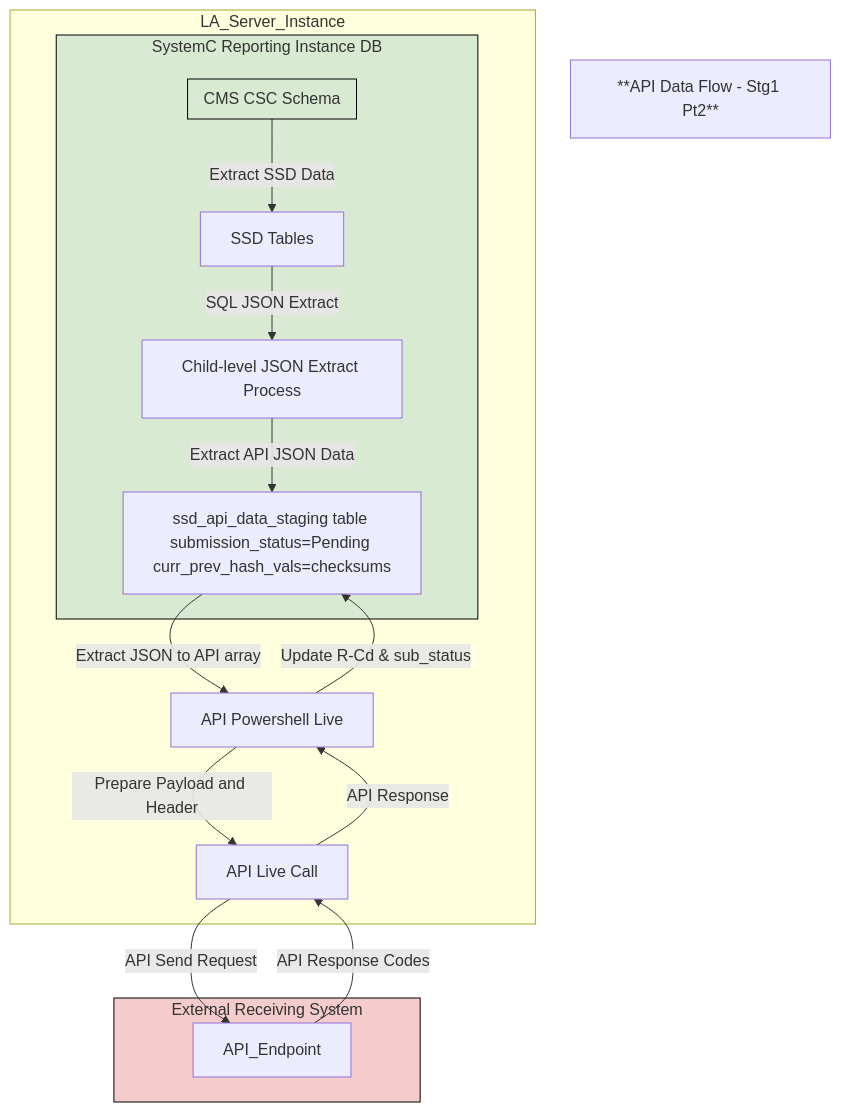
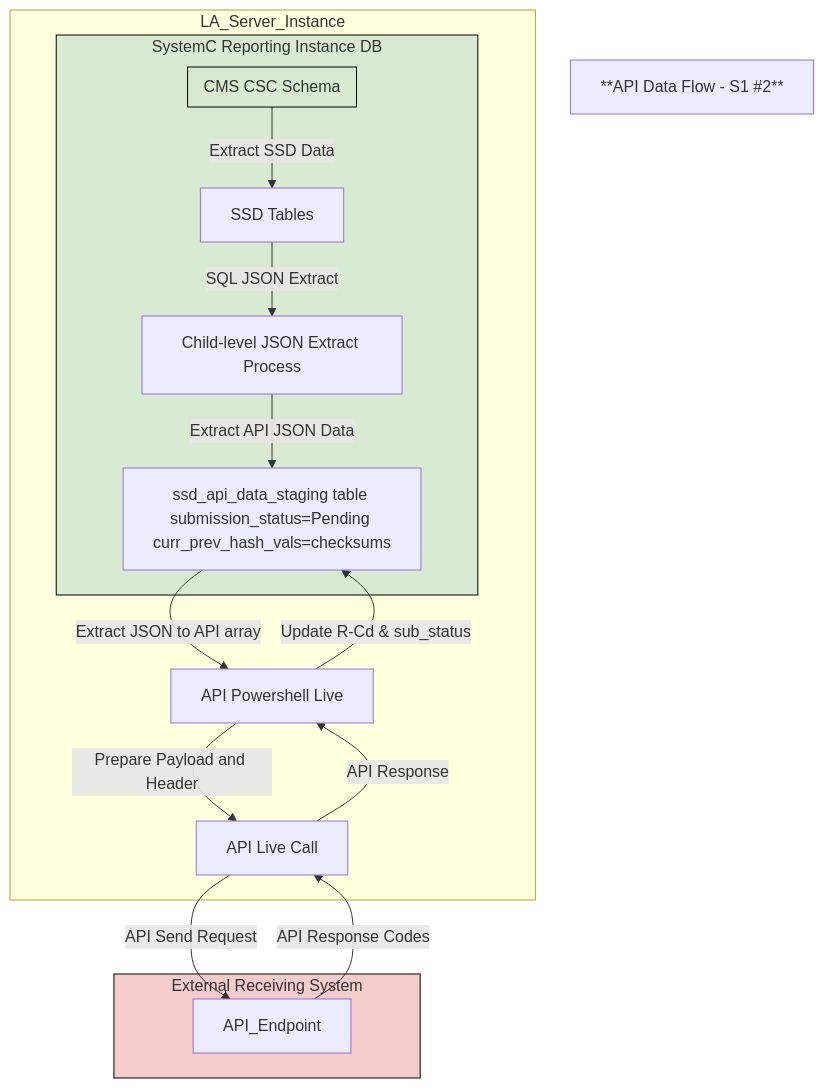
The fourth of 5 diagrams in docs/development_plan.md (data-to-insight/dfe-csc-api-data-flows), drawn with Mermaid before and after one commit. The commit also changed other lines of this file and 23 other files, not shown here.

````diff
--- a/docs/development_plan.md
+++ b/docs/development_plan.md
@@ -254,62 +245,62 @@
 ```mermaid
 
 flowchart TD
 
-    Title["**API Data Flow - Stg1 Pt2**"]
+    Title["**API Data Flow - S1 #2**"]
 
     subgraph LA_Server_Instance
         %% SystemC Reporting Instance DB (Containing all DB-related and API elements)
         subgraph SystemC_DB ["SystemC Reporting Instance DB"]
             style SystemC_DB fill:#d9ead3,stroke:#000,stroke-width:1px;  %% Light Green, same as CMS CSC Schema
 
             subgraph CMS_CSC_Schema ["CMS CSC Schema"]
             end
             style CMS_CSC_Schema fill:#d9ead3,stroke:#000,stroke-width:1px;  %% Light Green
 
             CMS_CSC_Schema -->|Extract SSD Data| SSD_Tables["SSD Tables"]
 
             %% Child-Level JSON Extract Step
             SSD_Tables -->|SQL JSON Extract| Child_JSON_Extract["Child-level JSON Extract Process"]
             Child_JSON_Extract -->|Extract API JSON Data| Bulk_Populate["ssd_api_data_staging table submission_status=Pending curr_prev_hash_vals=checksums"]
 
         end
 
     API_Powershell_Live -->|Prepare Payload and Header| API_External["API Live Call"]
     
 
     end
 
 
     %% External Receiving System (Outside LA Server)
     subgraph External_Receiving_System ["External Receiving System"]
         style External_Receiving_System fill:#f4cccc;  %% Light Red for external systems
         API_External -->|API Send Request| API_Endpoint
         API_Endpoint -->|API Response Codes| API_External
     %% API Processing (Inside LA Server)
     
         Bulk_Populate -->|Extract JSON to API array | API_Powershell_Live["API Powershell Live"]
     end
 
 
     %% Ensure the return flow is fully outside LA_Server_Instance
 
     API_External -->|API Response| API_Powershell_Live
     API_Powershell_Live -->|Update R-Cd & sub_status| Bulk_Populate
 
 
     %% Apply Colors Using Class Definitions
     classDef processNode fill:#cfe2f3;  %% Light Blue for processes
     classDef apiNode fill:#f9cb9c;  %% Light Orange for API interaction
     classDef hostedNode fill:#d9ead3;  %% Light Green for Hosted DB elements
     classDef Testing fill:#ffe599,stroke:#000,stroke-width:1px;  %% Light Yellow for Python Processing
     classDef externalNode fill:#f4cccc,stroke:#000,stroke-width:1px;  %% Light Red for External Receiving System
 
     %% Assign Classes
     class SystemC_DB hostedNode;
     class CMS_CSC_Schema hostedNode;
     class SSD_Tables,Child_JSON_Extract,Bulk_Populate processNode;
     class API_Powershell,API_External,API_Endpoint apiNode;
     class External_Receiving_System externalNode;
     class Python_Anon pythonEnv;
 
 ```
````
